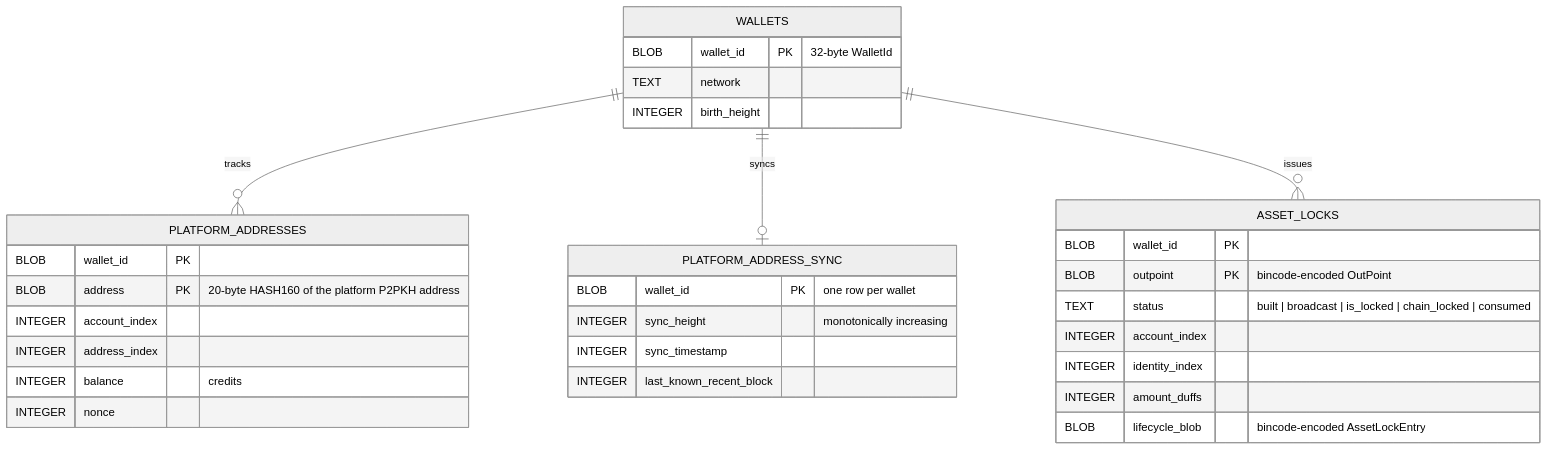
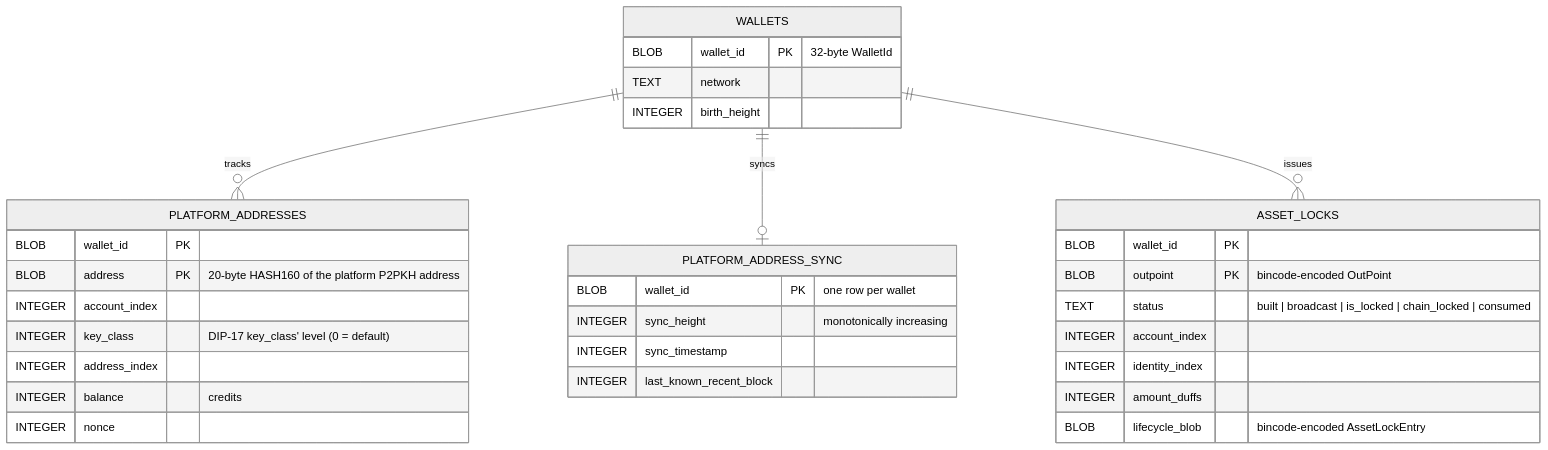
The fourth of 5 diagrams in packages/rs-platform-wallet-storage/SCHEMA.md (dashpay/platform), drawn with Mermaid (neutral theme) before and after one commit. The commit also changed other lines of this file and 27 other files, not shown here.

````diff
--- a/packages/rs-platform-wallet-storage/SCHEMA.md
+++ b/packages/rs-platform-wallet-storage/SCHEMA.md
@@ -226,38 +226,39 @@
 ```mermaid
 erDiagram
     WALLETS ||--o{ PLATFORM_ADDRESSES : "tracks"
     WALLETS ||--o| PLATFORM_ADDRESS_SYNC : "syncs"
     WALLETS ||--o{ ASSET_LOCKS : "issues"
 
     WALLETS {
         BLOB wallet_id PK "32-byte WalletId"
         TEXT network
         INTEGER birth_height
     }
 
     PLATFORM_ADDRESSES {
         BLOB wallet_id PK
         BLOB address PK "20-byte HASH160 of the platform P2PKH address"
         INTEGER account_index
+        INTEGER key_class "DIP-17 key_class' level (0 = default)"
         INTEGER address_index
         INTEGER balance "credits"
         INTEGER nonce
     }
 
     PLATFORM_ADDRESS_SYNC {
         BLOB wallet_id PK "one row per wallet"
         INTEGER sync_height "monotonically increasing"
         INTEGER sync_timestamp
         INTEGER last_known_recent_block
     }
 
     ASSET_LOCKS {
         BLOB wallet_id PK
         BLOB outpoint PK "bincode-encoded OutPoint"
         TEXT status "built | broadcast | is_locked | chain_locked | consumed"
         INTEGER account_index
         INTEGER identity_index
         INTEGER amount_duffs
         BLOB lifecycle_blob "bincode-encoded AssetLockEntry"
     }
 ```
````
